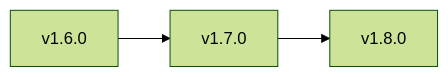
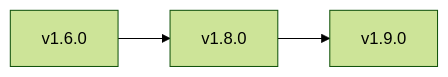
The diagram in docs/en/35-public-roadmap.md (juanklagos/spec-driven-development-template), drawn with Mermaid (forest theme) before and after one commit. The commit also changed other lines of this file and 14 other files, not shown here.

````diff
--- a/docs/en/35-public-roadmap.md
+++ b/docs/en/35-public-roadmap.md
@@ -9,5 +9,5 @@
 ```mermaid
 flowchart LR
-  A["v1.6.0"] --> B["v1.7.0"]
-  B --> C["v1.8.0"]
+  A["v1.6.0"] --> B["v1.8.0"]
+  B --> C["v1.9.0"]
 ```
````
